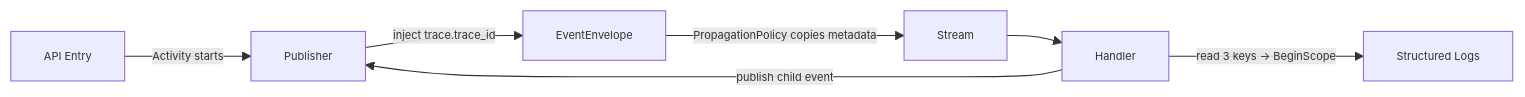
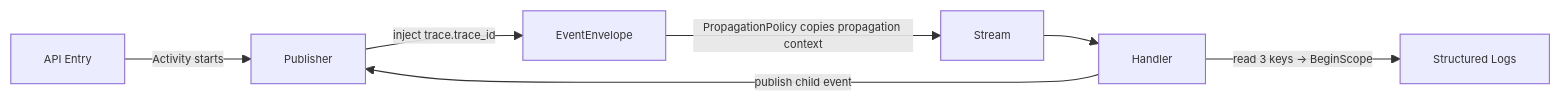
The diagram in docs/architecture/stream-first-tracing-design.md (aevatarAI/aevatar), drawn with Mermaid before and after one commit. The commit also changed other lines of this file and 32 other files, not shown here.

````diff
--- a/docs/architecture/stream-first-tracing-design.md
+++ b/docs/architecture/stream-first-tracing-design.md
@@ -93,10 +93,10 @@
 ```mermaid
 %%{init: {"maxTextSize": 100000, "flowchart": {"useMaxWidth": false, "nodeSpacing": 10, "rankSpacing": 50}, "themeVariables": {"fontSize": "10px"}}}%%
 flowchart LR
     A["API Entry"] -->|"Activity starts"| B["Publisher"]
     B -->|"inject trace.trace_id"| C["EventEnvelope"]
-    C -->|"PropagationPolicy copies metadata"| D["Stream"]
+    C -->|"PropagationPolicy copies propagation context"| D["Stream"]
     D --> E["Handler"]
     E -->|"read 3 keys → BeginScope"| F["Structured Logs"]
     E -->|"publish child event"| B
 ```
````
